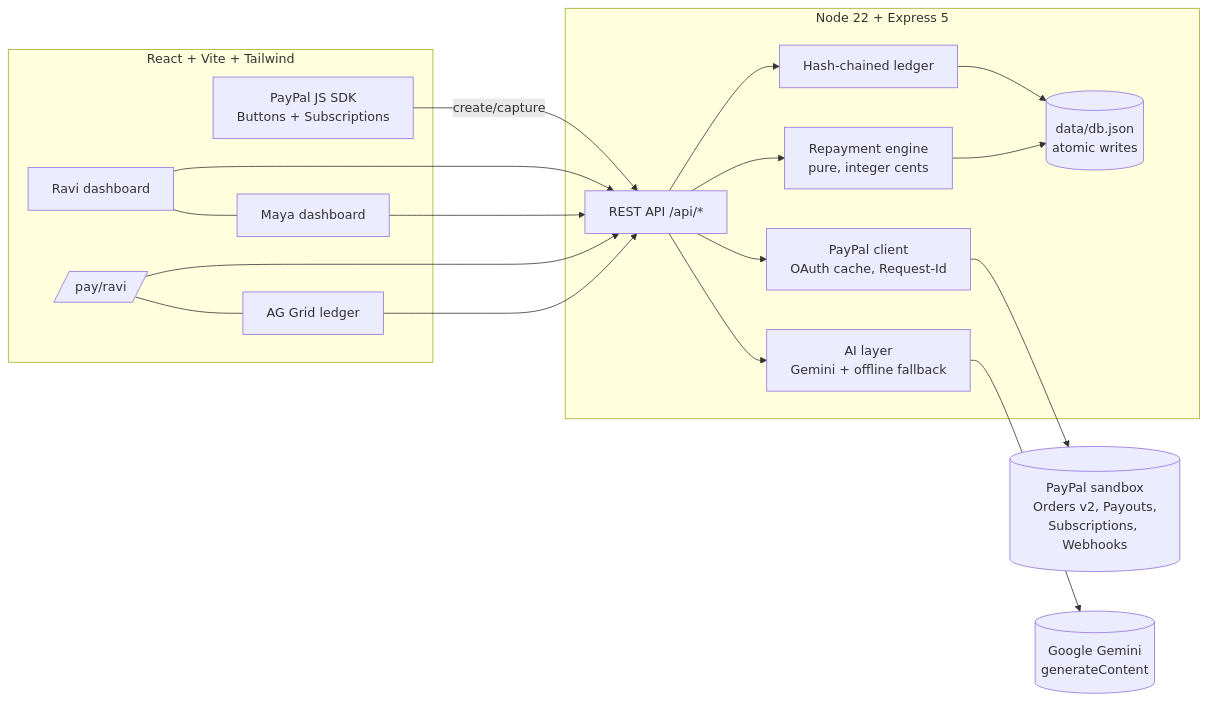
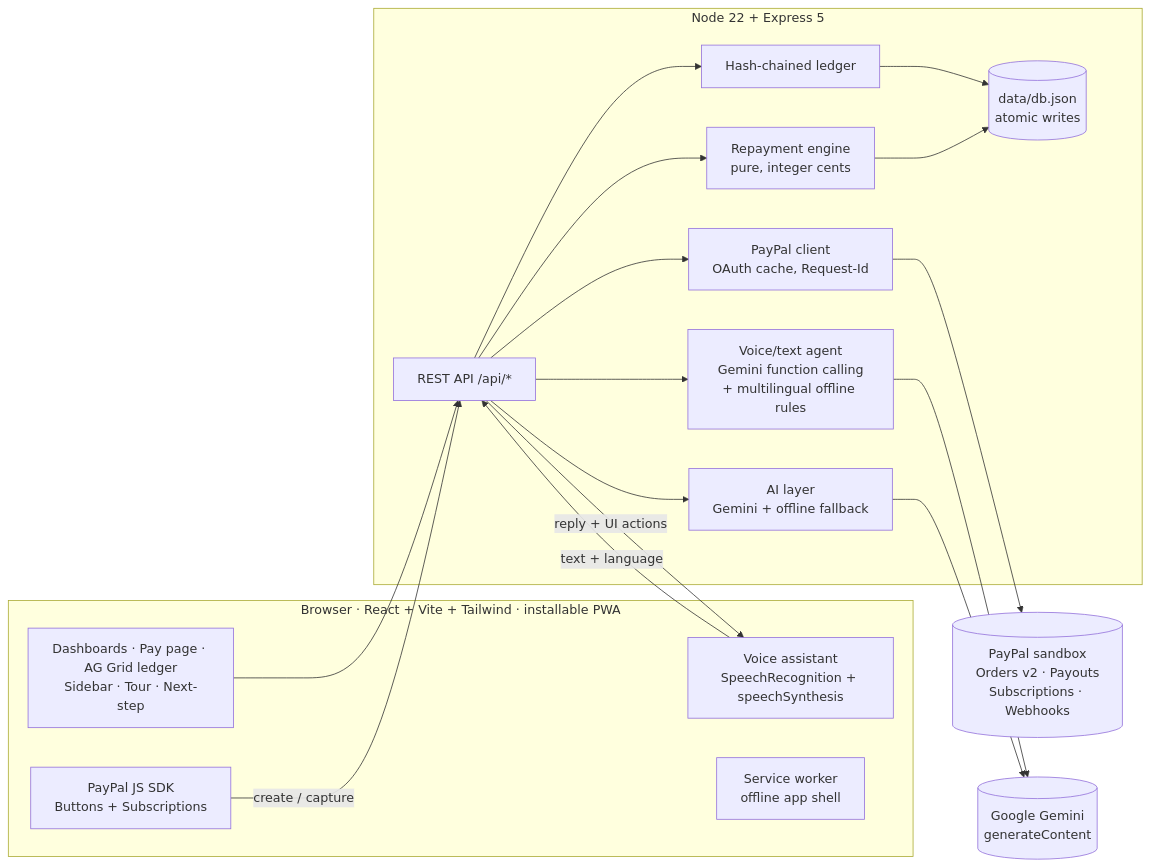
The diagram in README.md (vineeta07/PaypalAIHackathon), drawn with Mermaid before and after one commit. The commit also changed other lines of this file, not shown here.

Commit message:
README: rewrite for the current product (voice assistant, PWA, UX, languages)

````diff
--- a/README.md
+++ b/README.md
@@ -107,25 +136,30 @@
 ```mermaid
 flowchart LR
-  subgraph Browser [React + Vite + Tailwind]
-    B[Ravi dashboard] --- L[Maya dashboard]
-    P[/pay/ravi/] --- G[AG Grid ledger]
+  subgraph Browser [Browser · React + Vite + Tailwind · installable PWA]
+    UI[Dashboards · Pay page · AG Grid ledger<br/>Sidebar · Tour · Next-step]
+    VA[Voice assistant<br/>SpeechRecognition + speechSynthesis]
     SDK[PayPal JS SDK<br/>Buttons + Subscriptions]
+    SW[Service worker<br/>offline app shell]
   end
   subgraph Server [Node 22 + Express 5]
     API[REST API /api/*]
+    AGT[Voice/text agent<br/>Gemini function calling<br/>+ multilingual offline rules]
     ENG[Repayment engine<br/>pure, integer cents]
     AI[AI layer<br/>Gemini + offline fallback]
     PPC[PayPal client<br/>OAuth cache, Request-Id]
     LED[Hash-chained ledger]
     DB[(data/db.json<br/>atomic writes)]
   end
-  PP[(PayPal sandbox<br/>Orders v2, Payouts,<br/>Subscriptions, Webhooks)]
+  PP[(PayPal sandbox<br/>Orders v2 · Payouts<br/>Subscriptions · Webhooks)]
   GM[(Google Gemini<br/>generateContent)]
-  SDK -- create/capture --> API
-  B & L & P & G --> API
+  UI --> API
+  VA -- text + language --> API
+  API -- reply + UI actions --> VA
+  SDK -- create / capture --> API
+  API --> AGT --> GM
+  API --> AI --> GM
   API --> ENG
-  API --> AI --> GM
   API --> PPC --> PP
   API --> LED --> DB
   ENG --> DB
 ```
````
